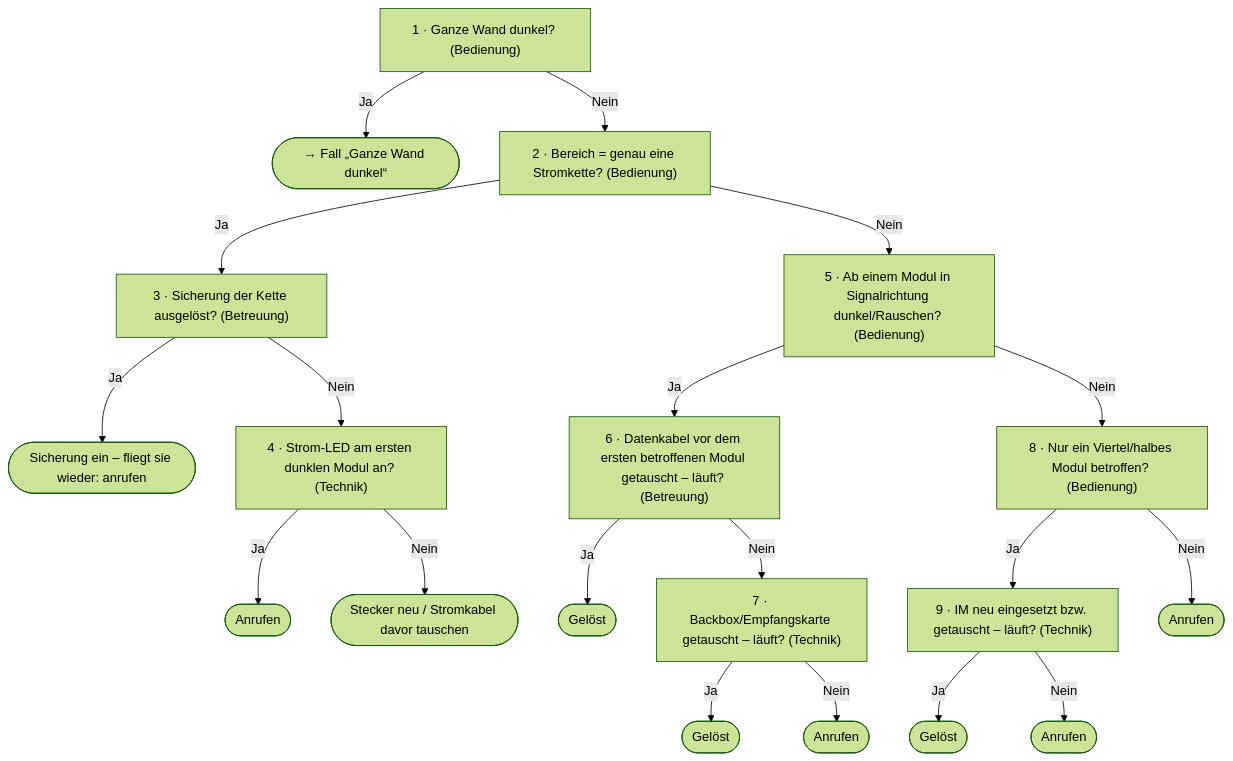
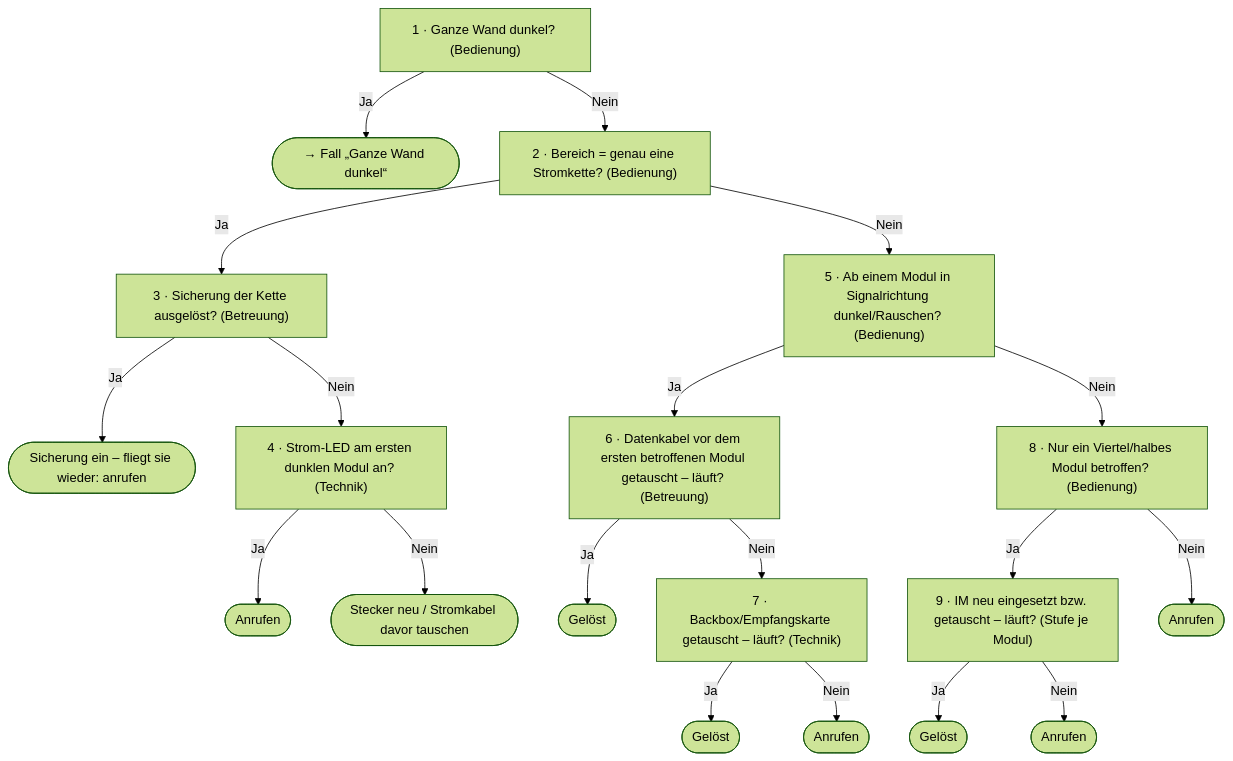
The third of 3 diagrams in docs/PLAN-MINI-MANUAL.md (Mottul/project_mega), drawn with Mermaid (forest theme) before and after one commit. The commit also changed other lines of this file and 1 other file, not shown here.

````diff
--- a/docs/PLAN-MINI-MANUAL.md
+++ b/docs/PLAN-MINI-MANUAL.md
@@ -436,21 +455,21 @@
 ```mermaid
 flowchart TD
   S1["1 · Ganze Wand dunkel? (Bedienung)"] -->|Ja| F1(["→ Fall „Ganze Wand dunkel“"])
   S1 -->|Nein| S2["2 · Bereich = genau eine Stromkette? (Bedienung)"]
   S2 -->|Ja| S3["3 · Sicherung der Kette ausgelöst? (Betreuung)"]
   S2 -->|Nein| S5["5 · Ab einem Modul in Signalrichtung dunkel/Rauschen? (Bedienung)"]
   S3 -->|Ja| L3(["Sicherung ein – fliegt sie wieder: anrufen"])
   S3 -->|Nein| S4["4 · Strom-LED am ersten dunklen Modul an? (Technik)"]
   S4 -->|Ja| C4(["Anrufen"])
   S4 -->|Nein| L4(["Stecker neu / Stromkabel davor tauschen"])
   S5 -->|Ja| S6["6 · Datenkabel vor dem ersten betroffenen Modul getauscht – läuft? (Betreuung)"]
   S5 -->|Nein| S8["8 · Nur ein Viertel/halbes Modul betroffen? (Bedienung)"]
   S6 -->|Ja| G6(["Gelöst"])
   S6 -->|Nein| S7["7 · Backbox/Empfangskarte getauscht – läuft? (Technik)"]
   S7 -->|Ja| G7(["Gelöst"])
   S7 -->|Nein| C7(["Anrufen"])
-  S8 -->|Ja| S9["9 · IM neu eingesetzt bzw. getauscht – läuft? (Technik)"]
+  S8 -->|Ja| S9["9 · IM neu eingesetzt bzw. getauscht – läuft? (Stufe je Modul)"]
   S8 -->|Nein| C8(["Anrufen"])
   S9 -->|Ja| G9(["Gelöst"])
   S9 -->|Nein| C9(["Anrufen"])
 ```
````
